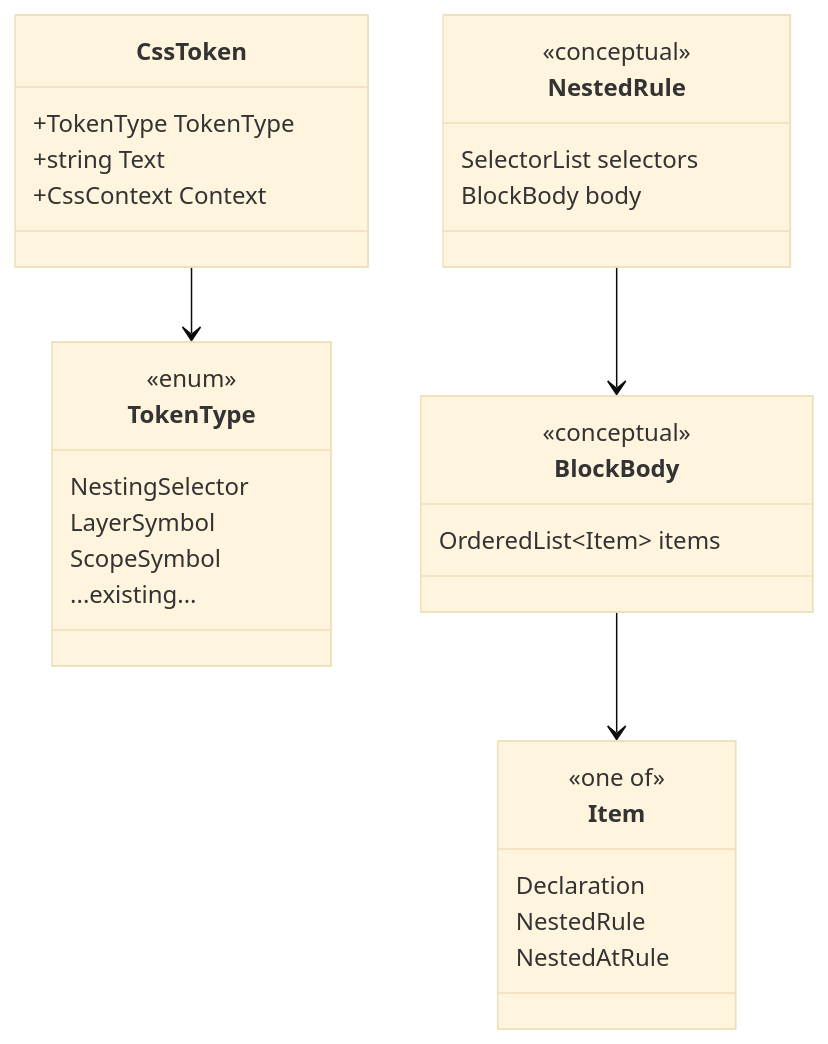
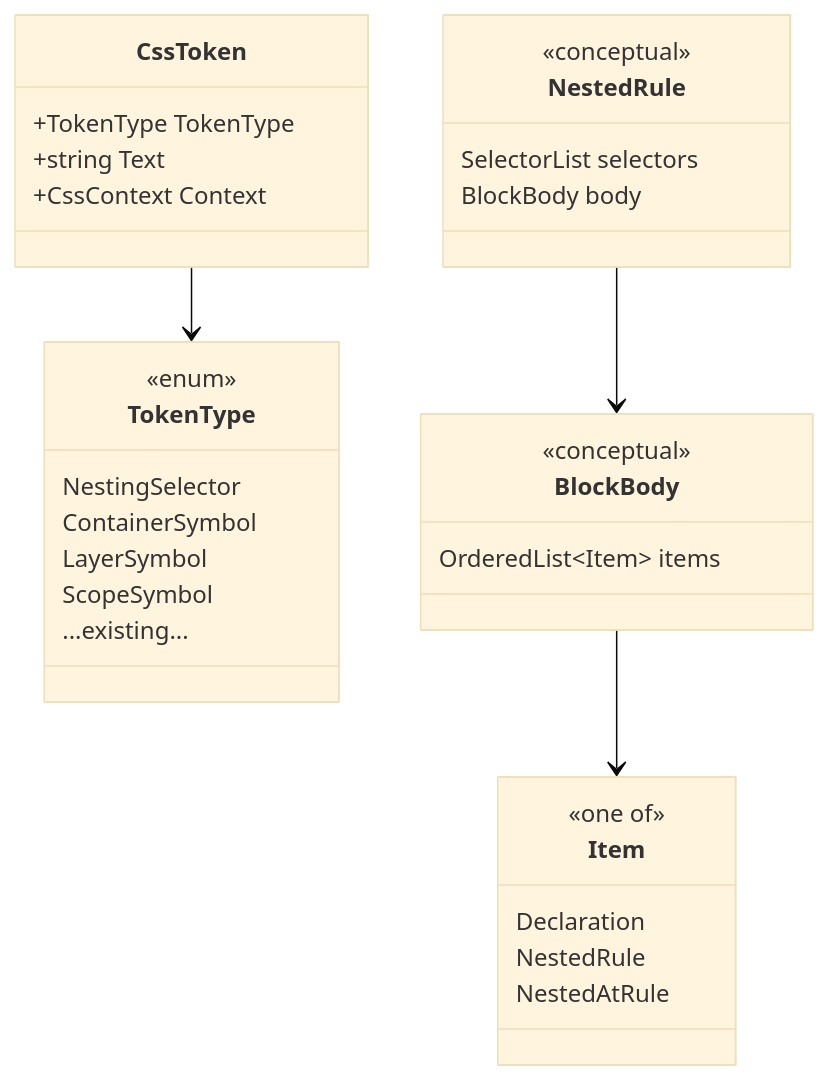
Before and after one commit to jbest84/NUglify: the second of 2 diagrams in .kiro/specs/css-nesting/design.md, drawn with Mermaid (base theme). The commit also changed other lines of this file and 5 other files, not shown here.

````diff
--- a/.kiro/specs/css-nesting/design.md
+++ b/.kiro/specs/css-nesting/design.md
@@ -154,33 +155,34 @@
 ```mermaid
 classDiagram
     class CssToken {
         +TokenType TokenType
         +string Text
         +CssContext Context
     }
     class TokenType {
         <<enum>>
         NestingSelector
+        ContainerSymbol
         LayerSymbol
         ScopeSymbol
         ...existing...
     }
     class NestedRule {
         <<conceptual>>
         SelectorList selectors
         BlockBody body
     }
     class BlockBody {
         <<conceptual>>
         OrderedList~Item~ items
     }
     class Item {
         <<one of>>
         Declaration
         NestedRule
         NestedAtRule
     }
     CssToken --> TokenType
     NestedRule --> BlockBody
     BlockBody --> Item
 ```
````
